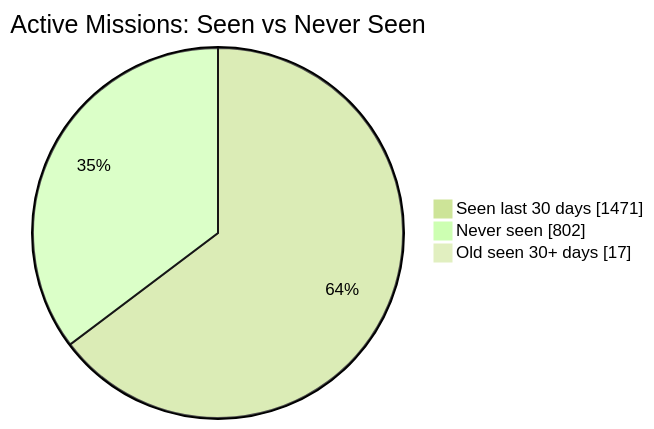
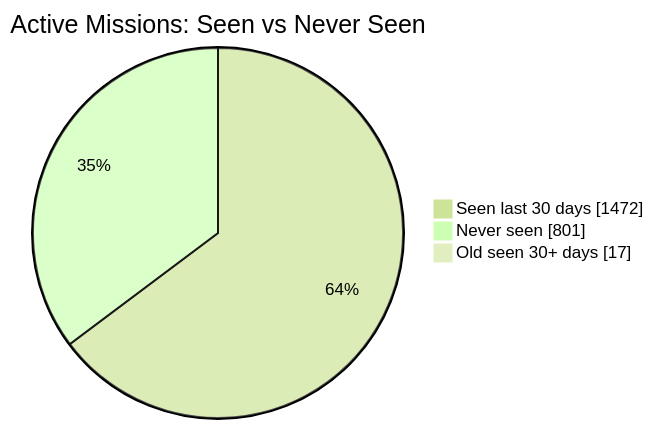
Before and after one commit to MeldkamerspelGameTeam/active-missions: the first of 2 diagrams in README.md, drawn with Mermaid (forest theme). The commit also changed other lines of this file and 7 other files, not shown here.

````diff
--- a/README.md
+++ b/README.md
@@ -34,7 +34,7 @@
 ```mermaid
 pie showData
     title Active Missions: Seen vs Never Seen
-    "Seen last 30 days" : 1471
-    "Never seen" : 802
+    "Seen last 30 days" : 1472
+    "Never seen" : 801
     "Old seen 30+ days" : 17
 ```
````
